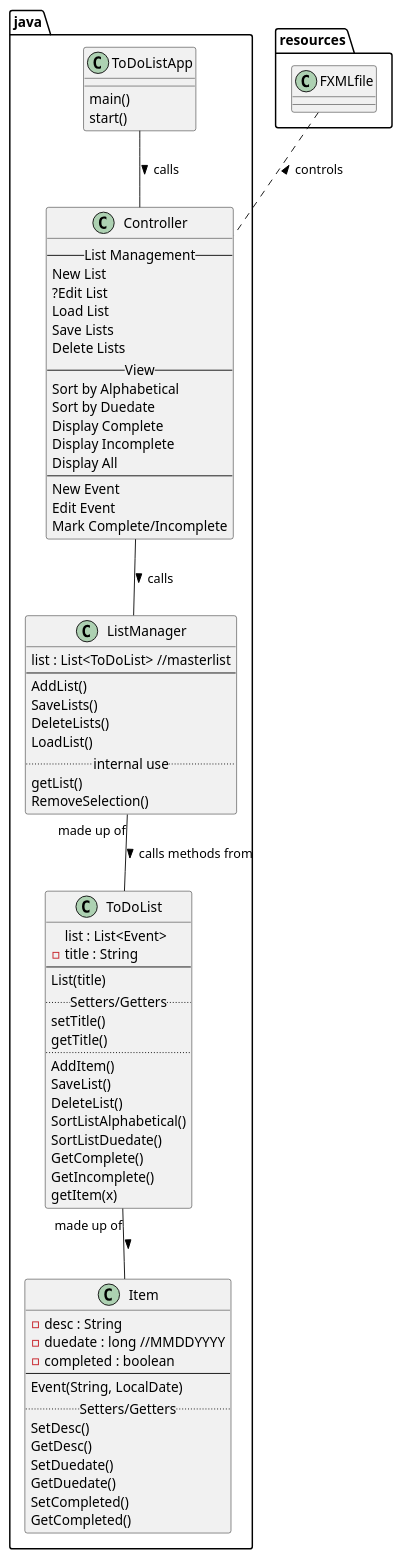
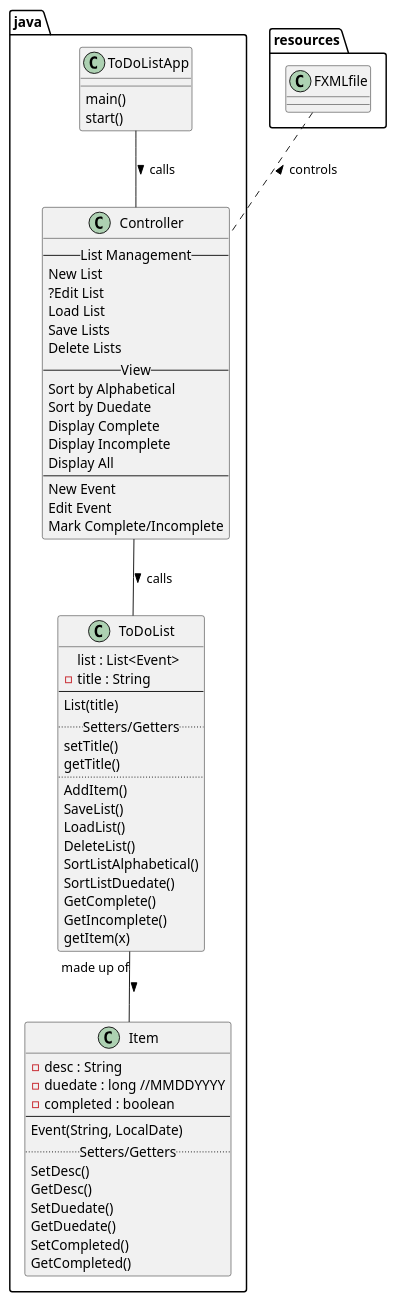
One commit to kiwibrie/juntunen-cop3330-assignment4part2 changed the diagram in uml/ListManager.puml. Above: the diagram before and after it, drawn with PlantUML.

Commit message:
puml without ListManager (single list)

```diff
--- a/uml/ListManager.puml
+++ b/uml/ListManager.puml
@@ -1,82 +1,70 @@
 @startuml
 'https://plantuml.com/class-diagram
-
-class java.ListManager{
-list : List<ToDoList> //masterlist
---
-AddList()
-SaveLists()
-DeleteLists()
-LoadList()
-..internal use..
-getList()
-RemoveSelection()
-}
 
 class java.ToDoList {
 list : List<Event>
 -title : String
 --
 List(title)
 ..Setters/Getters..
 setTitle()
 getTitle()
 ..
 AddItem()
 SaveList()
+LoadList()
 DeleteList()
 SortListAlphabetical()
 SortListDuedate()
 GetComplete()
 GetIncomplete()
 getItem(x)
 }
 
 class java.Item {
 -desc : String
 -duedate : long //MMDDYYYY
 -completed : boolean
 --
 Event(String, LocalDate)
 ..Setters/Getters..
 SetDesc()
 GetDesc()
 SetDuedate()
 GetDuedate()
 SetCompleted()
 GetCompleted()
 }
 
 java.ToDoList "made up of" -- java.Item : >
-java.ListManager "made up of" -- java.ToDoList : > calls methods from
 
 java.ToDoListApp -- java.Controller : > calls
 resources.FXMLfile .. java.Controller : < controls
-java.Controller -- java.ListManager : > calls
+java.Controller -- java.ToDoList : > calls
 
 
 class java.Controller{
 --List Management--
 New List
 ?Edit List
 Load List
 Save Lists
 Delete Lists
 --View--
 Sort by Alphabetical
 Sort by Duedate
 Display Complete
 Display Incomplete
 Display All
 --
 New Event
 Edit Event
 Mark Complete/Incomplete
 }
 
 class java.ToDoListApp{
 main()
 start()
 }
 
 @enduml
```
